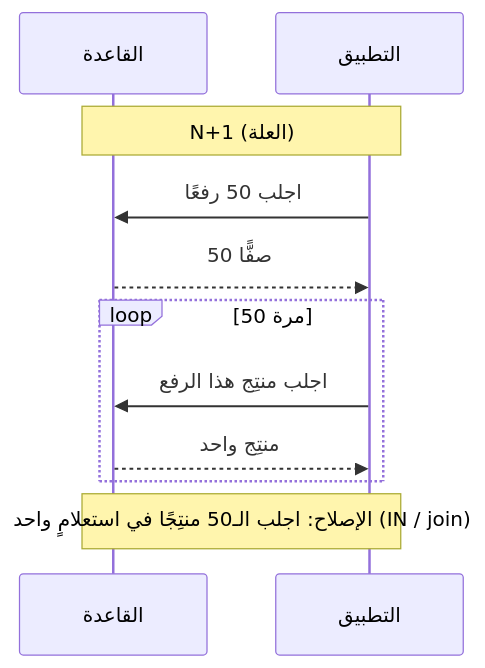
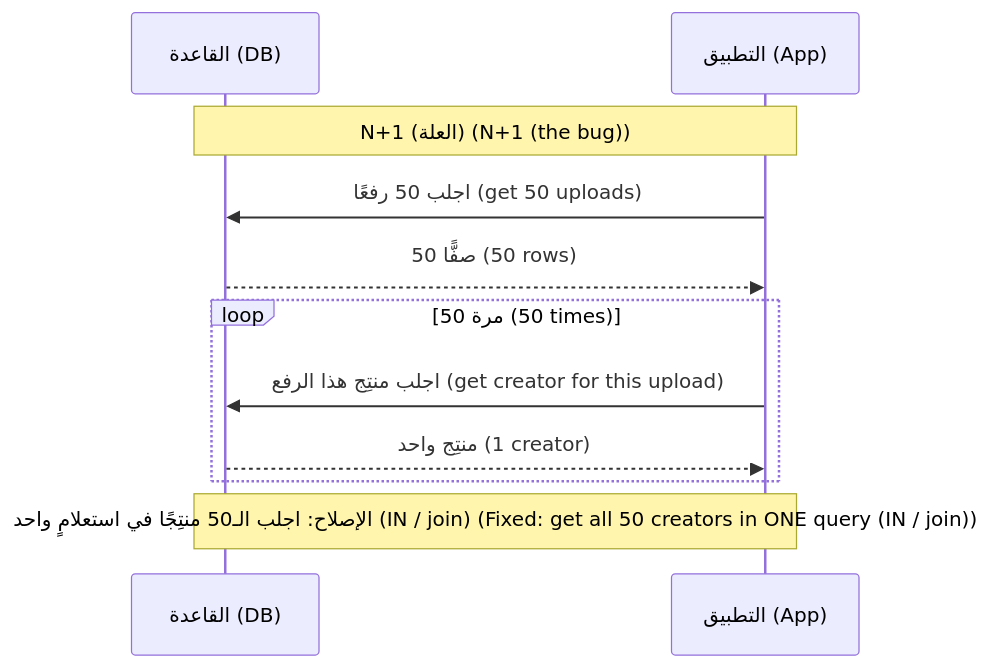
The eighth of 10 diagrams in modules/02-data-storage-backups/module.ar.md (Tamoura/system-design-for-vibe-coders), drawn with Mermaid before and after one commit. The commit also changed other lines of this file and 62 other files, not shown here.

First line of the commit message:
Arabic editions: English on every diagram label, RTL fixes, rebuild

````diff
--- a/modules/02-data-storage-backups/module.ar.md
+++ b/modules/02-data-storage-backups/module.ar.md
@@ -674,13 +674,13 @@
 ```mermaid
 sequenceDiagram
-    participant DB as القاعدة
-    participant App as التطبيق
-    Note over App,DB: N+1 (العلة)
-    App->>DB: اجلب 50 رفعًا
-    DB-->>App: 50 صفًّا
-    loop 50 مرة
-        App->>DB: اجلب منتِج هذا الرفع
-        DB-->>App: منتِج واحد
+    participant DB as القاعدة (DB)
+    participant App as التطبيق (App)
+    Note over App,DB: N+1 (العلة) (N+1 (the bug))
+    App->>DB: اجلب 50 رفعًا (get 50 uploads)
+    DB-->>App: 50 صفًّا (50 rows)
+    loop 50 مرة (50 times)
+        App->>DB: اجلب منتِج هذا الرفع (get creator for this upload)
+        DB-->>App: منتِج واحد (1 creator)
     end
-    Note over App,DB: الإصلاح: اجلب الـ50 منتِجًا في استعلامٍ واحد (IN / join)
+    Note over App,DB: الإصلاح: اجلب الـ50 منتِجًا في استعلامٍ واحد (IN / join) (Fixed: get all 50 creators in ONE query (IN / join))
 ```
````
